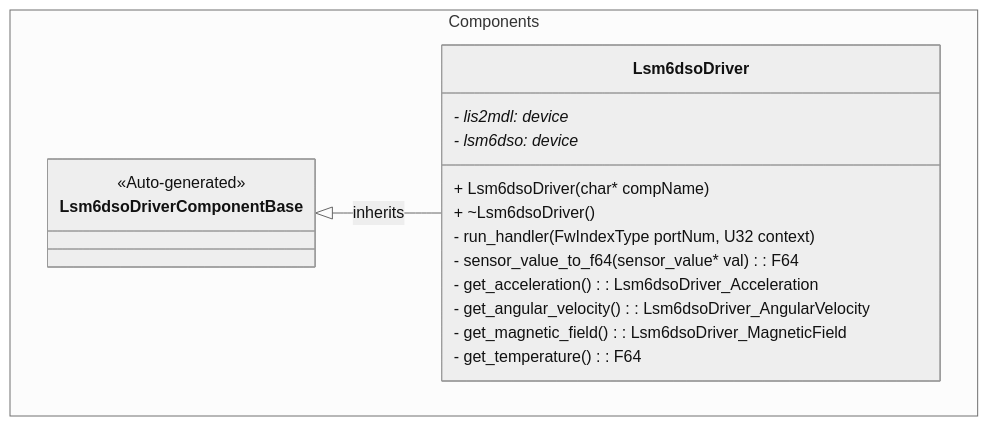
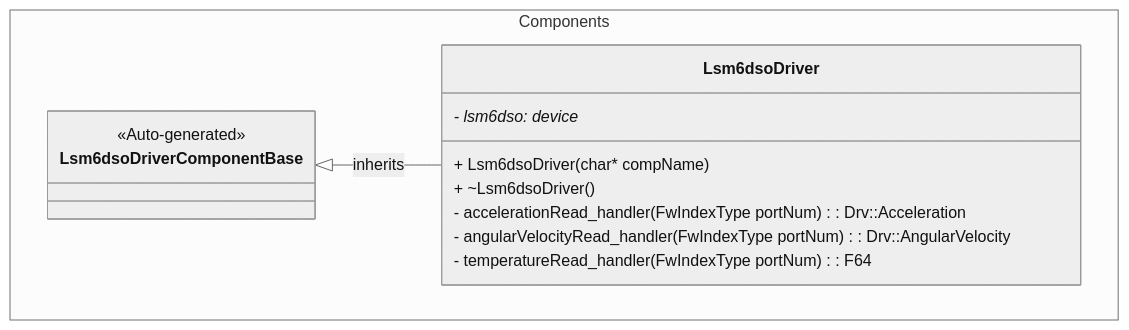
Before and after one commit to Open-Source-Space-Foundation/proves-core-reference: the first of 4 diagrams in FprimeZephyrReference/Components/Drv/Lsm6dsoDriver/docs/sdd.md, drawn with Mermaid (neutral theme). The commit also changed other lines of this file and 3 other files, not shown here.

````diff
--- a/FprimeZephyrReference/Components/Drv/Lsm6dsoDriver/docs/sdd.md
+++ b/FprimeZephyrReference/Components/Drv/Lsm6dsoDriver/docs/sdd.md
@@ -32,21 +19,17 @@
 ```mermaid
 classDiagram
     namespace Components {
         class Lsm6dsoDriverComponentBase {
             <<Auto-generated>>
         }
         class Lsm6dsoDriver {
-            - lis2mdl: device*
             - lsm6dso: device*
             + Lsm6dsoDriver(char* compName)
             + ~Lsm6dsoDriver()
-            - run_handler(FwIndexType portNum, U32 context)
-            - sensor_value_to_f64(sensor_value* val): F64
-            - get_acceleration(): Lsm6dsoDriver_Acceleration
-            - get_angular_velocity(): Lsm6dsoDriver_AngularVelocity
-            - get_magnetic_field(): Lsm6dsoDriver_MagneticField
-            - get_temperature(): F64
+            - accelerationRead_handler(FwIndexType portNum): Drv::Acceleration
+            - angularVelocityRead_handler(FwIndexType portNum): Drv::AngularVelocity
+            - temperatureRead_handler(FwIndexType portNum): F64
         }
     }
     Lsm6dsoDriverComponentBase <|-- Lsm6dsoDriver : inherits
 ```
````
